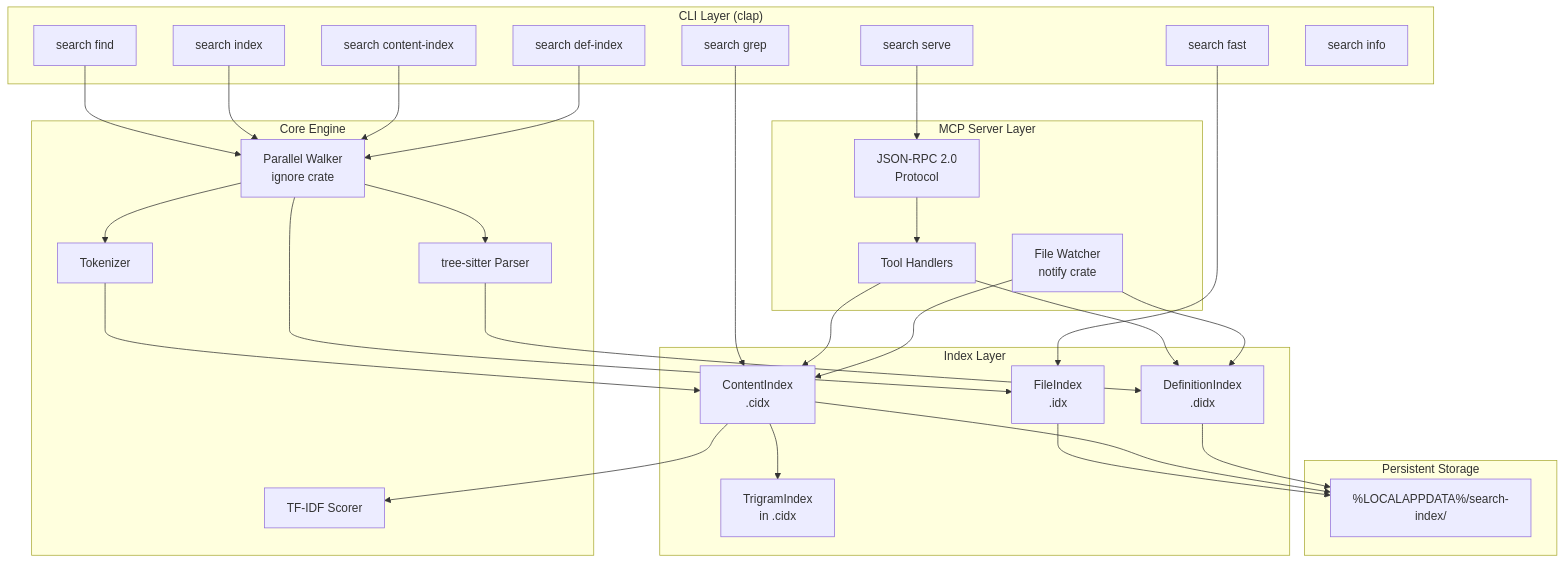
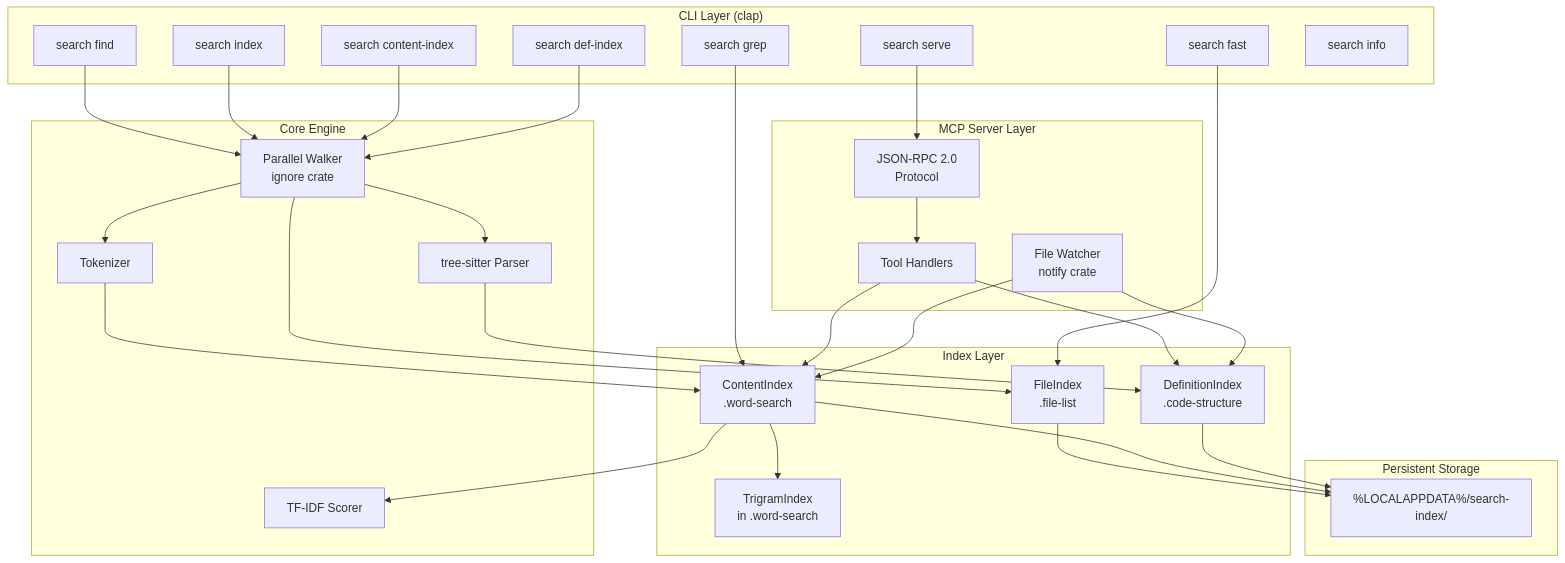
Before and after one commit to pustynsky/search-index: the first of 9 diagrams in docs/architecture.md, drawn with Mermaid. The commit also changed other lines of this file and 12 other files, not shown here.

````diff
--- a/docs/architecture.md
+++ b/docs/architecture.md
@@ -7,52 +7,52 @@
 ```mermaid
 graph TB
     subgraph CLI["CLI Layer (clap)"]
         FIND[search find]
         INDEX[search index]
         FAST[search fast]
         CIDX[search content-index]
         GREP[search grep]
         DIDX[search def-index]
         SERVE[search serve]
         INFO[search info]
     end
 
     subgraph Core["Core Engine"]
         WALK[Parallel Walker<br/>ignore crate]
         TOK[Tokenizer]
         TFIDF[TF-IDF Scorer]
         TSP[tree-sitter Parser]
     end
 
     subgraph Indexes["Index Layer"]
-        FI[FileIndex<br/>.idx]
-        CI[ContentIndex<br/>.cidx]
-        TRI[TrigramIndex<br/>in .cidx]
-        DI[DefinitionIndex<br/>.didx]
+        FI[FileIndex<br/>.file-list]
+        CI[ContentIndex<br/>.word-search]
+        TRI[TrigramIndex<br/>in .word-search]
+        DI[DefinitionIndex<br/>.code-structure]
     end
 
     subgraph MCP["MCP Server Layer"]
         PROTO[JSON-RPC 2.0<br/>Protocol]
         HAND[Tool Handlers]
         WATCH[File Watcher<br/>notify crate]
     end
 
     subgraph Storage["Persistent Storage"]
         DISK["%LOCALAPPDATA%/search-index/"]
     end
 
     FIND --> WALK
     INDEX --> WALK --> FI
     CIDX --> WALK --> TOK --> CI --> TRI
     DIDX --> WALK --> TSP --> DI
     FAST --> FI
     GREP --> CI --> TFIDF
     SERVE --> PROTO --> HAND
     HAND --> CI
     HAND --> DI
     WATCH --> CI
     WATCH --> DI
     FI --> DISK
     CI --> DISK
     DI --> DISK
 ```
````
